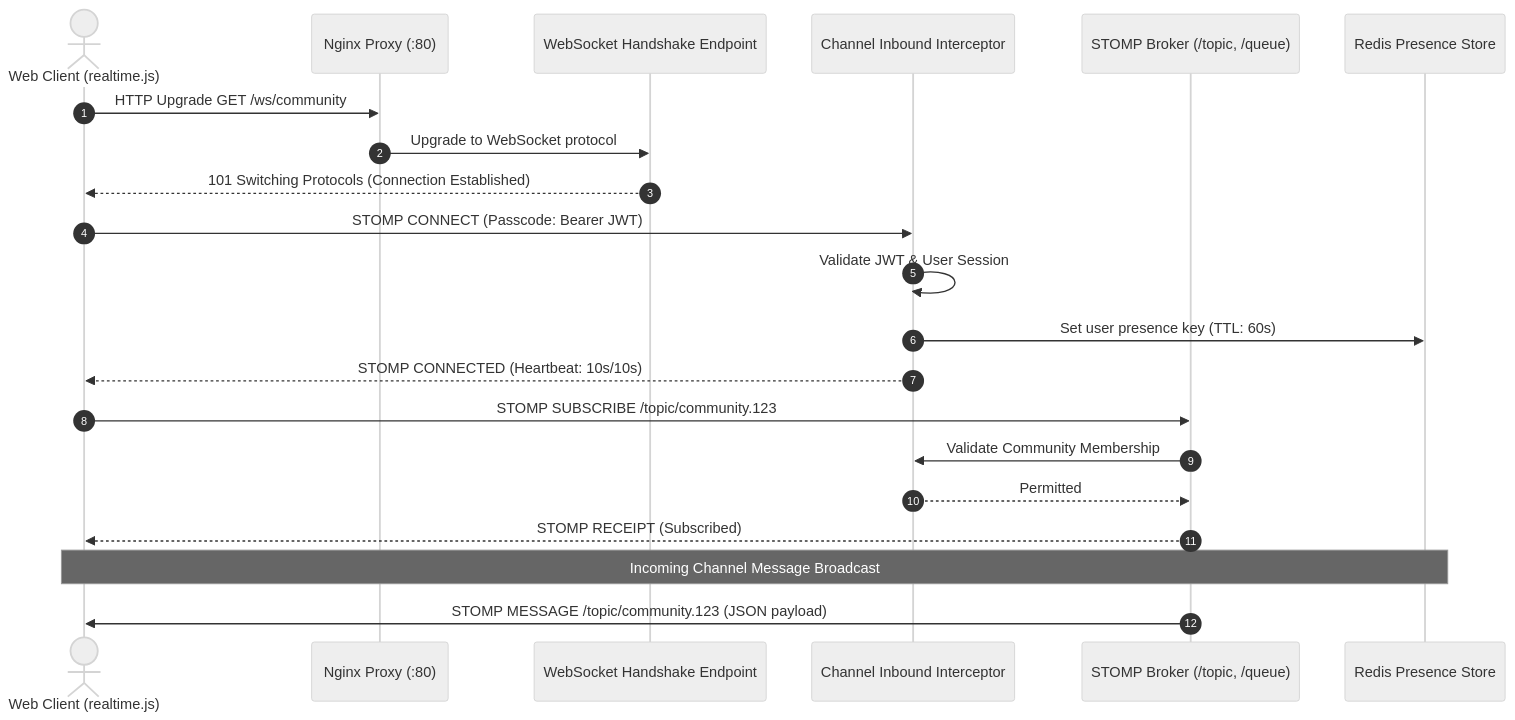
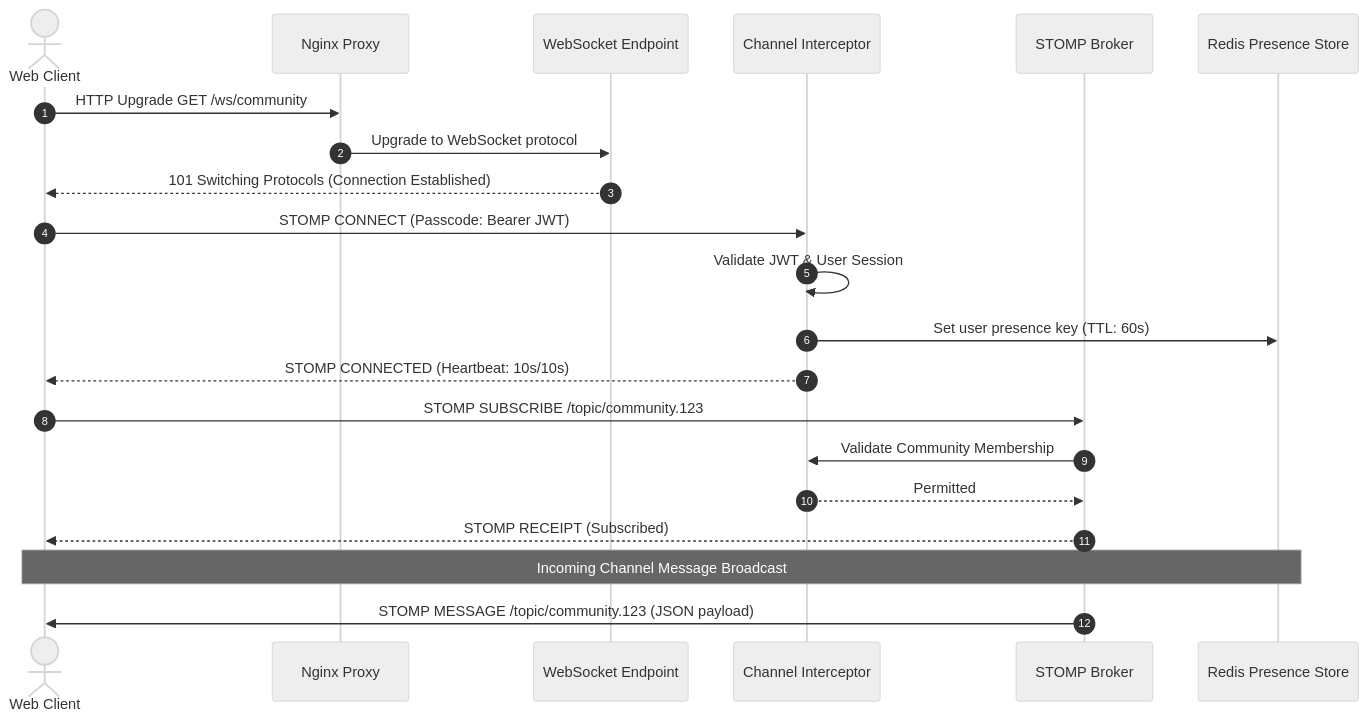
Before and after one commit to saiprakash-nexarats/collabster: the fourth of 8 diagrams in README.md, drawn with Mermaid (neutral theme). The commit also changed other lines of this file, not shown here.

Commit message:
fix(docs): resolve Mermaid syntax parse errors by sanitizing edge and node labels

````diff
--- a/README.md
+++ b/README.md
@@ -371,27 +371,27 @@
 ```mermaid
 sequenceDiagram
     autonumber
-    actor Client as Web Client (realtime.js)
-    participant Nginx as Nginx Proxy (:80)
-    participant WS as WebSocket Handshake Endpoint
-    participant Auth as Channel Inbound Interceptor
-    participant Broker as STOMP Broker (/topic, /queue)
+    actor Client as Web Client
+    participant Nginx as Nginx Proxy
+    participant WS as WebSocket Endpoint
+    participant Auth as Channel Interceptor
+    participant Broker as STOMP Broker
     participant Redis as Redis Presence Store
 
     Client->>Nginx: HTTP Upgrade GET /ws/community
     Nginx->>WS: Upgrade to WebSocket protocol
     WS-->>Client: 101 Switching Protocols (Connection Established)
     
     Client->>Auth: STOMP CONNECT (Passcode: Bearer JWT)
     Auth->>Auth: Validate JWT & User Session
     Auth->>Redis: Set user presence key (TTL: 60s)
     Auth-->>Client: STOMP CONNECTED (Heartbeat: 10s/10s)
 
     Client->>Broker: STOMP SUBSCRIBE /topic/community.123
     Broker->>Auth: Validate Community Membership
     Auth-->>Broker: Permitted
     Broker-->>Client: STOMP RECEIPT (Subscribed)
 
     Note over Client,Redis: Incoming Channel Message Broadcast
     Broker->>Client: STOMP MESSAGE /topic/community.123 (JSON payload)
 ```
````
